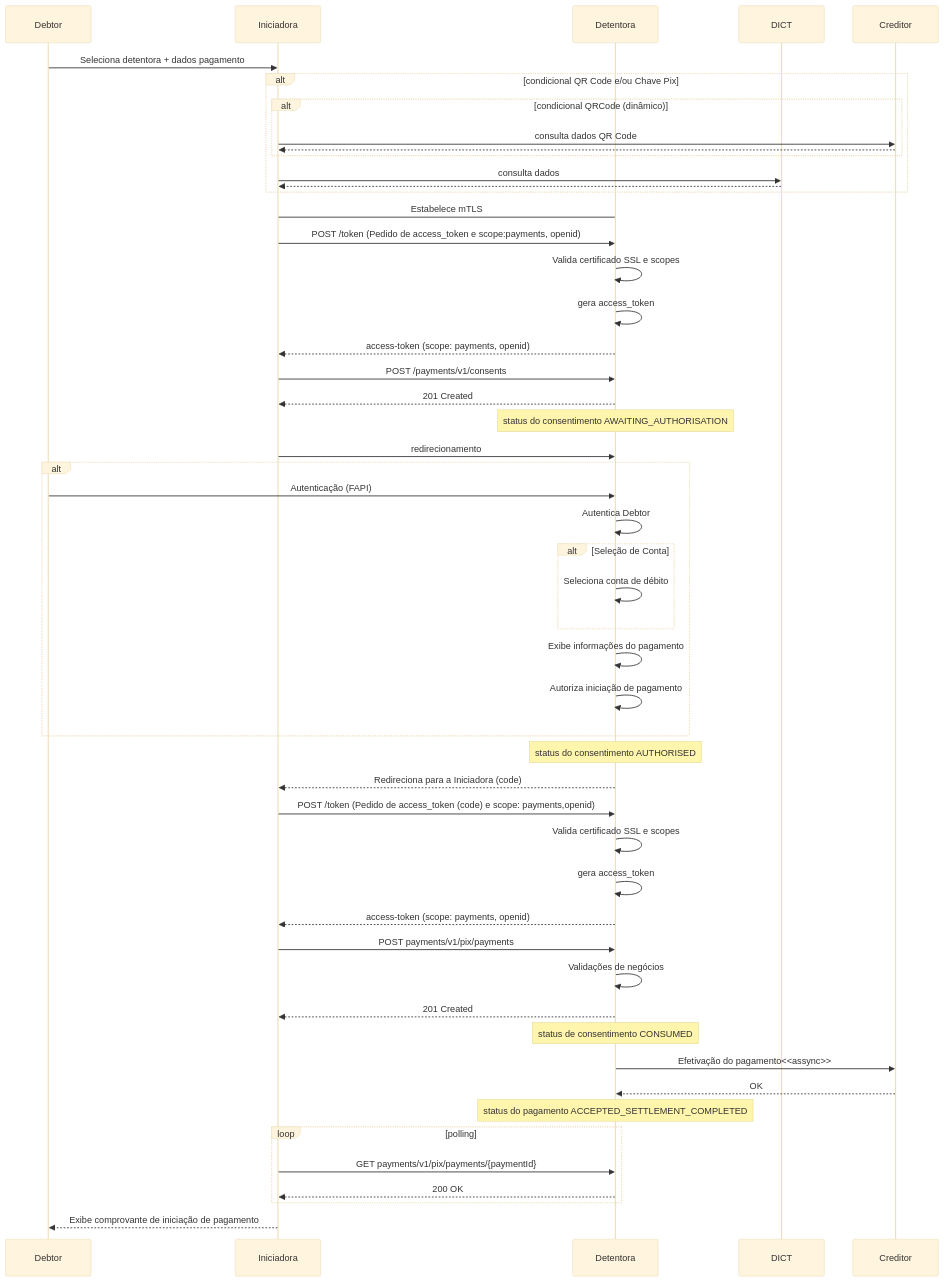
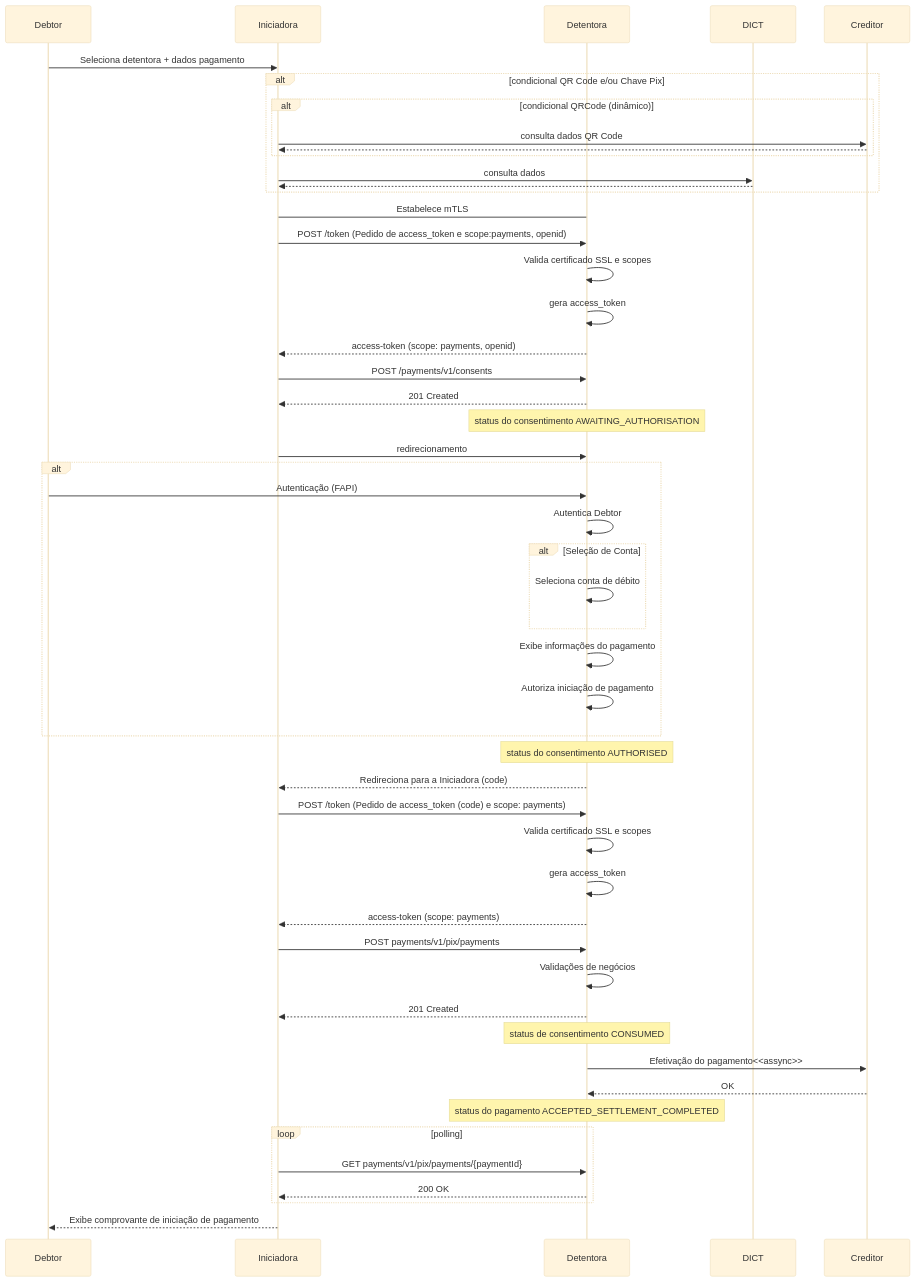
One commit to Sensedia/areadesenvolvedor changed the diagram in documentation/source/diagrams/iniciacao_de_pagamento.mmd. Above: the diagram before and after it, drawn with Mermaid (base theme).

Commit message:
[MF3-75] Remoção do scope openid do diagrama para se adequar ao Swagger

```diff
--- a/documentation/source/diagrams/iniciacao_de_pagamento.mmd
+++ b/documentation/source/diagrams/iniciacao_de_pagamento.mmd
@@ -1,64 +1,64 @@
 sequenceDiagram
 participant Debtor
 participant Iniciadora
 participant Detentora
 participant DICT
 participant Creditor
 
 Debtor->>Iniciadora: Seleciona detentora + dados pagamento
 %Note over Iniciadora: O fluxo alternativo abaixo se aplica caso a iniciação de pagamento não for via PIX Dados Manuais com agência e conta
 
 alt condicional QR Code e/ou Chave Pix
     alt condicional QRCode (dinâmico)
         Iniciadora->>Creditor: consulta dados QR Code
         Creditor-->>Iniciadora: 
     end
     Iniciadora->>DICT: consulta dados
     DICT-->>Iniciadora: 
 end
 
 Detentora->Iniciadora: Estabelece mTLS
 Iniciadora->>Detentora: POST /token (Pedido de access_token e scope:payments, openid)
 Detentora->>Detentora: Valida certificado SSL e scopes
 Detentora->>Detentora: gera access_token
 Detentora-->>Iniciadora: access-token (scope: payments, openid)
 Iniciadora->>Detentora: POST /payments/v1/consents
 Detentora-->>Iniciadora: 201 Created
 
 Note over Detentora: status do consentimento AWAITING_AUTHORISATION
 Iniciadora->>Detentora: redirecionamento
 
 alt
     Debtor->>Detentora: Autenticação (FAPI)
     Detentora->>Detentora: Autentica Debtor
     alt Seleção de Conta
         Detentora->>Detentora: Seleciona conta de débito
     end
     Detentora->>Detentora: Exibe informações do pagamento
     Detentora->>Detentora: Autoriza iniciação de pagamento
 end
 
 Note over Detentora: status do consentimento AUTHORISED
 
 Detentora-->>Iniciadora: Redireciona para a Iniciadora (code)
-Iniciadora->>Detentora: POST /token (Pedido de access_token (code) e scope: payments,openid)
+Iniciadora->>Detentora: POST /token (Pedido de access_token (code) e scope: payments)
 Detentora->>Detentora: Valida certificado SSL e scopes
 Detentora->>Detentora: gera access_token
-Detentora-->>Iniciadora: access-token (scope: payments, openid)
+Detentora-->>Iniciadora: access-token (scope: payments)
 Iniciadora->>Detentora: POST payments/v1/pix/payments
 Detentora->>Detentora: Validações de negócios
 Detentora-->>Iniciadora: 201 Created
 
 Note over Detentora: status de consentimento CONSUMED
 
 Detentora->>Creditor: Efetivação do pagamento<<assync>>
 Creditor-->>Detentora: OK
 
 Note over Detentora: status do pagamento ACCEPTED_SETTLEMENT_COMPLETED
 
 loop polling
     Iniciadora->>Detentora: GET payments/v1/pix/payments/{paymentId}
     Detentora-->>Iniciadora: 200 OK
 end
 
 Iniciadora-->>Debtor: Exibe comprovante de iniciação de pagamento
```
